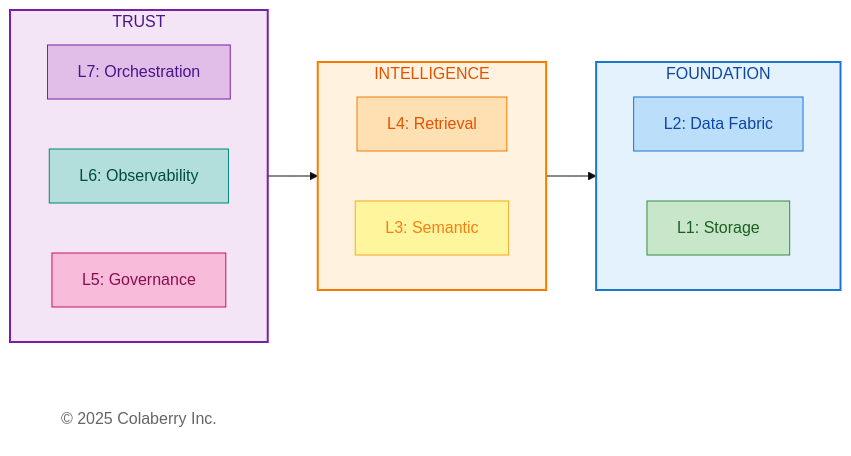
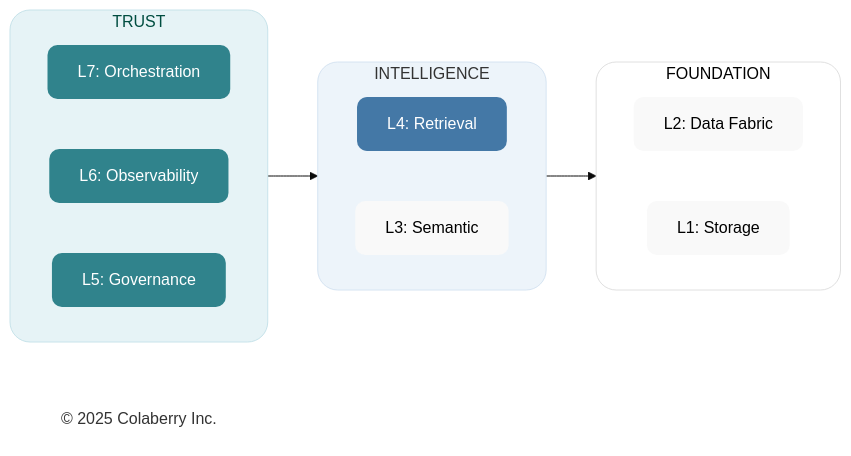
Before and after one commit to saitejesh-cyber/trust-before-intelligence-book: the fifth of 5 diagrams in manuscript/12_chapter_11_technology_selection_guide.md, drawn with Mermaid (base theme). The commit also changed other lines of this file and 7 other files, not shown here.

Commit message:
Chapter 6to13: Updated mermaid diagrams based on new colaberry color code

````diff
--- a/manuscript/12_chapter_11_technology_selection_guide.md
+++ b/manuscript/12_chapter_11_technology_selection_guide.md
@@ -800,39 +800,39 @@
 ```mermaid
 
 graph LR
     subgraph TRUST["TRUST"]
         direction LR
         L7["L7: Orchestration"]
         L6["L6: Observability"]
         L5["L5: Governance"]
     end
     
     subgraph INTEL["INTELLIGENCE"]
         direction LR
         L4["L4: Retrieval"]
         L3["L3: Semantic"]
     end
     
     subgraph FOUND["FOUNDATION"]
         direction LR
         L2["L2: Data Fabric"]
         L1["L1: Storage"]
     end
     
     Copyright["© 2025 Colaberry Inc."]
     
     TRUST --> INTEL --> FOUND
     
-    style TRUST fill:#f3e5f5,stroke:#7b1fa2,stroke-width:2px,color:#4a148c
-    style INTEL fill:#fff3e0,stroke:#f57c00,stroke-width:2px,color:#e65100
-    style FOUND fill:#e3f2fd,stroke:#1976d2,stroke-width:2px,color:#0d47a1
-    style L7 fill:#e1bee7,stroke:#7b1fa2,color:#4a148c
-    style L6 fill:#b2dfdb,stroke:#00897b,color:#004d40
-    style L5 fill:#f8bbd9,stroke:#c2185b,color:#880e4f
-    style L4 fill:#ffe0b2,stroke:#f57c00,color:#e65100
-    style L3 fill:#fff59d,stroke:#f9a825,color:#f57f17
-    style L2 fill:#bbdefb,stroke:#1976d2,color:#0d47a1
-    style L1 fill:#c8e6c9,stroke:#388e3c,color:#1b5e20
-    style Copyright fill:#ffffff,stroke:none,color:#666666
+    style TRUST fill:#e6f3f6,stroke:#c7e3ea,stroke-width:1px,color:#004d40,rx:20,ry:20
+    style INTEL fill:#edf4fa,stroke:#d6e4f2,stroke-width:1px,color:#333333,rx:20,ry:20
+    style FOUND fill:#ffffff,stroke:#e0e0e0,stroke-width:1px,color:#000000,rx:20,ry:20
+    style L7 fill:#30838C,stroke:none,color:#ffffff,rx:10,ry:10
+    style L6 fill:#30838C,stroke:none,color:#ffffff,rx:10,ry:10
+    style L5 fill:#30838C,stroke:none,color:#ffffff,rx:10,ry:10
+    style L4 fill:#4478A6,stroke:none,color:#ffffff,rx:10,ry:10
+    style L3 fill:#f9f9f9,stroke:none,color:#000000,rx:10,ry:10
+    style L2 fill:#f9f9f9,stroke:none,color:#000000,rx:10,ry:10
+    style L1 fill:#f9f9f9,stroke:none,color:#000000,rx:10,ry:10
+    style Copyright fill:none,stroke:none,color:#333333
 
 ```
````
